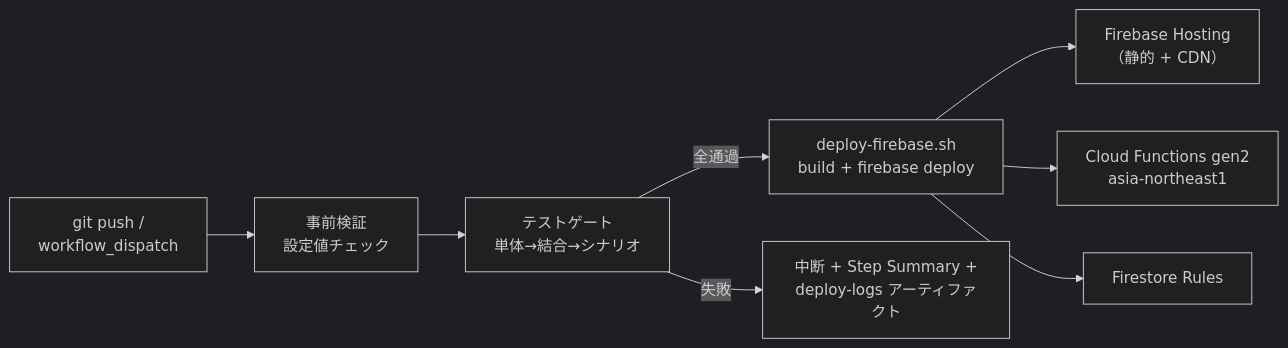
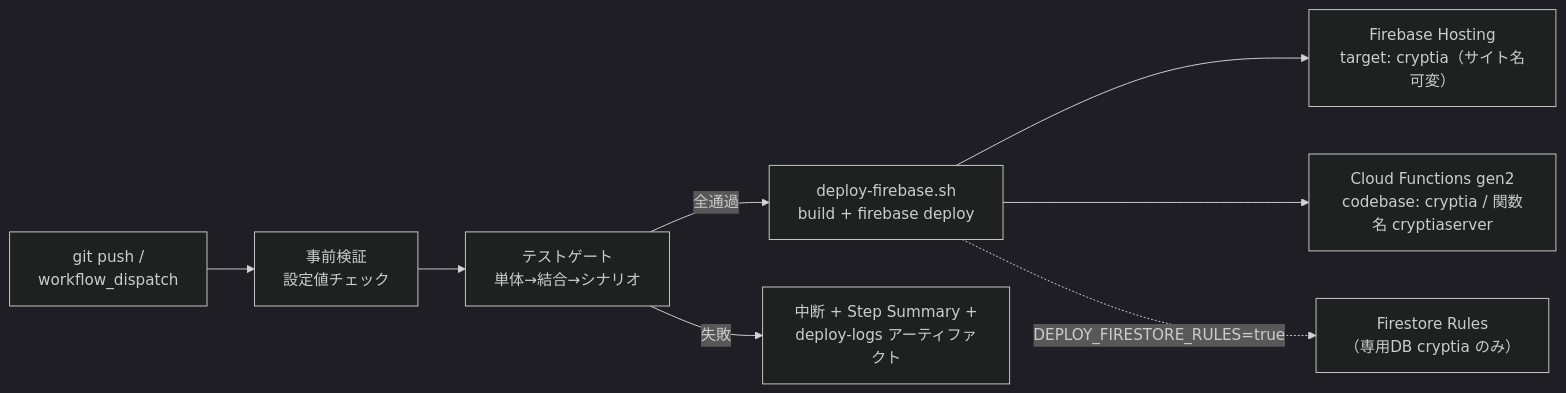
Before and after one commit to takahiro0428/cryptia: the second of 2 diagrams in .ai-native/outputs/phase5/architecture.md, drawn with Mermaid (dark theme). The commit also changed other lines of this file and 12 other files, not shown here.

````diff
--- a/.ai-native/outputs/phase5/architecture.md
+++ b/.ai-native/outputs/phase5/architecture.md
@@ -61,10 +61,10 @@
 ```mermaid
 flowchart LR
     Dev["git push /<br/>workflow_dispatch"] --> Preflight["事前検証<br/>設定値チェック"]
     Preflight --> Test["テストゲート<br/>単体→結合→シナリオ"]
     Test -->|全通過| Deploy["deploy-firebase.sh<br/>build + firebase deploy"]
     Test -->|失敗| Halt["中断 + Step Summary +<br/>deploy-logs アーティファクト"]
-    Deploy --> H["Firebase Hosting<br/>（静的 + CDN）"]
-    Deploy --> F["Cloud Functions gen2<br/>asia-northeast1"]
-    Deploy --> R["Firestore Rules"]
+    Deploy --> H["Firebase Hosting<br/>target: cryptia（サイト名可変）"]
+    Deploy --> F["Cloud Functions gen2<br/>codebase: cryptia / 関数名 cryptiaserver"]
+    Deploy -.->|"DEPLOY_FIRESTORE_RULES=true"| R["Firestore Rules<br/>（専用DB cryptia のみ）"]
 ```
````
